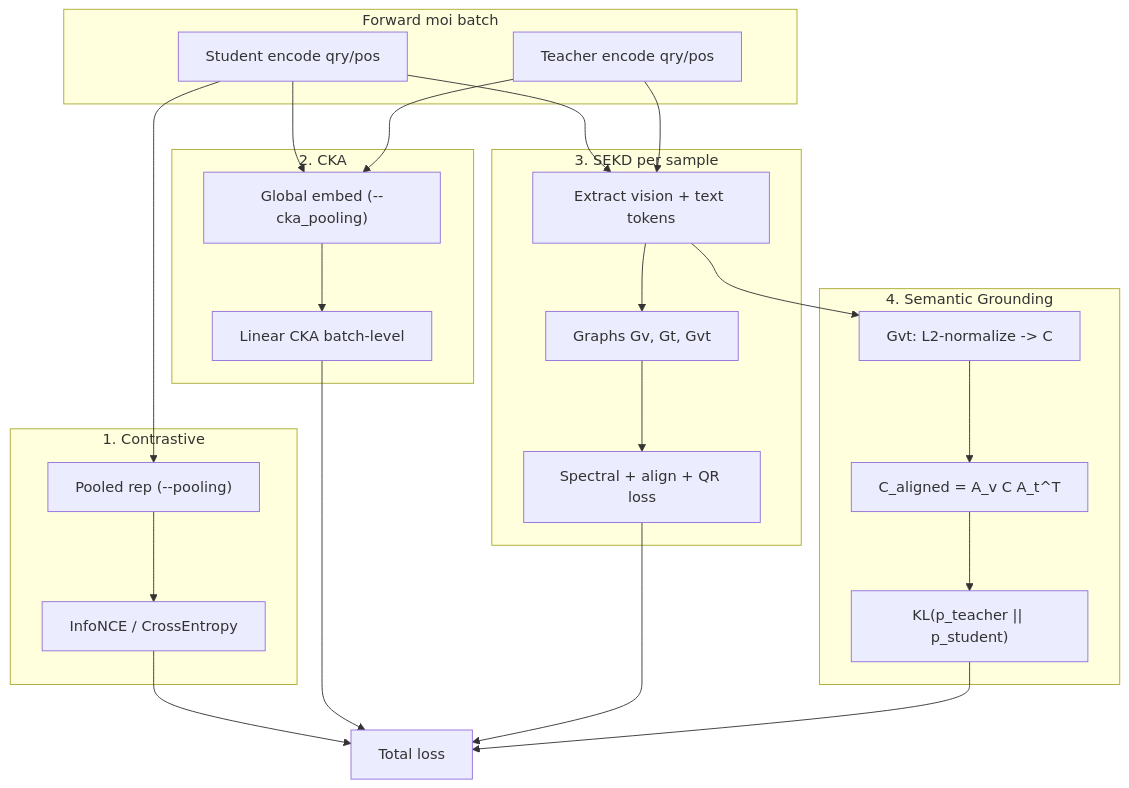
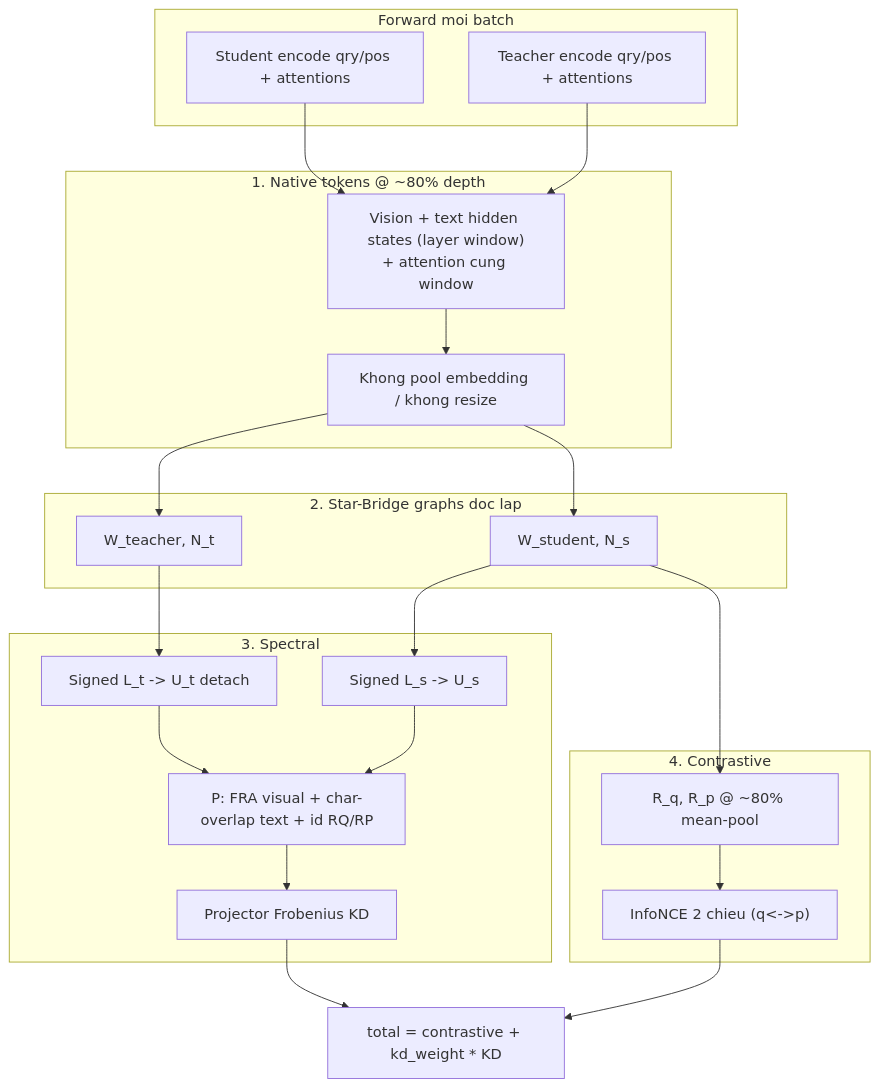
One commit to vohuutridung/VLM_Embed changed the diagram in docs/segd_loss.md. Above: the diagram before and after it, drawn with Mermaid. The commit also changed other lines of this file and 7 other files, not shown here.

````diff
--- a/docs/segd_loss.md
+++ b/docs/segd_loss.md
@@ -35,43 +36,43 @@
 ```mermaid
 flowchart TB
     subgraph sg_forward ["Forward moi batch"]
-        SQ["Student encode qry/pos"]
-        TQ["Teacher encode qry/pos"]
+        SQ["Student encode qry/pos + attentions"]
+        TQ["Teacher encode qry/pos + attentions"]
     end
 
-    subgraph sg_contrastive ["1. Contrastive"]
-        POOL_S["Pooled rep (--pooling)"]
-        INFO["InfoNCE / CrossEntropy"]
+    subgraph sg_tokens ["1. Native tokens @ ~80% depth"]
+        NT["Vision + text hidden states (layer window)<br/>+ attention cung window"]
+        ATTN["Khong pool embedding / khong resize"]
     end
 
-    subgraph sg_cka ["2. CKA"]
-        POOL_CKA["Global embed (--cka_pooling)"]
-        CKA_NODE["Linear CKA batch-level"]
+    subgraph sg_graph ["2. Star-Bridge graphs doc lap"]
+        GT["W_teacher, N_t"]
+        GS["W_student, N_s"]
     end
 
-    subgraph sg_sekd ["3. SEKD per sample"]
-        TOK["Extract vision + text tokens"]
-        G3["Graphs Gv, Gt, Gvt"]
-        SPEC["Spectral + align + QR loss"]
+    subgraph sg_spec ["3. Spectral"]
+        LT["Signed L_t -> U_t detach"]
+        LS["Signed L_s -> U_s"]
+        P["P: FRA visual + char-overlap text + id RQ/RP"]
+        KD["Projector Frobenius KD"]
     end
 
-    subgraph sg_ground ["4. Semantic Grounding"]
-        CRAW["Gvt: L2-normalize -> C"]
-        ALIGN["C_aligned = A_v C A_t^T"]
-        KL["KL(p_teacher || p_student)"]
+    subgraph sg_ctr ["4. Contrastive"]
+        RQ["R_q, R_p @ ~80% mean-pool"]
+        CE["InfoNCE 2 chieu (q<->p)"]
     end
 
-    TOTAL["Total loss"]
+    TOTAL["total = contrastive + kd_weight * KD"]
 
-    SQ --> POOL_S --> INFO
-    SQ --> POOL_CKA
-    TQ --> POOL_CKA --> CKA_NODE
-    SQ --> TOK --> G3 --> SPEC
-    TQ --> TOK
-    TOK --> CRAW --> ALIGN --> KL
-
-    INFO --> TOTAL
-    CKA_NODE --> TOTAL
-    SPEC --> TOTAL
-    KL --> TOTAL
+    SQ --> NT
+    TQ --> NT
+    NT --> ATTN --> GT
+    ATTN --> GS
+    GT --> LT
+    GS --> LS
+    LT --> P
+    LS --> P --> KD
+    GS --> RQ --> CE
+    CE --> TOTAL
+    KD --> TOTAL
 ```
````
